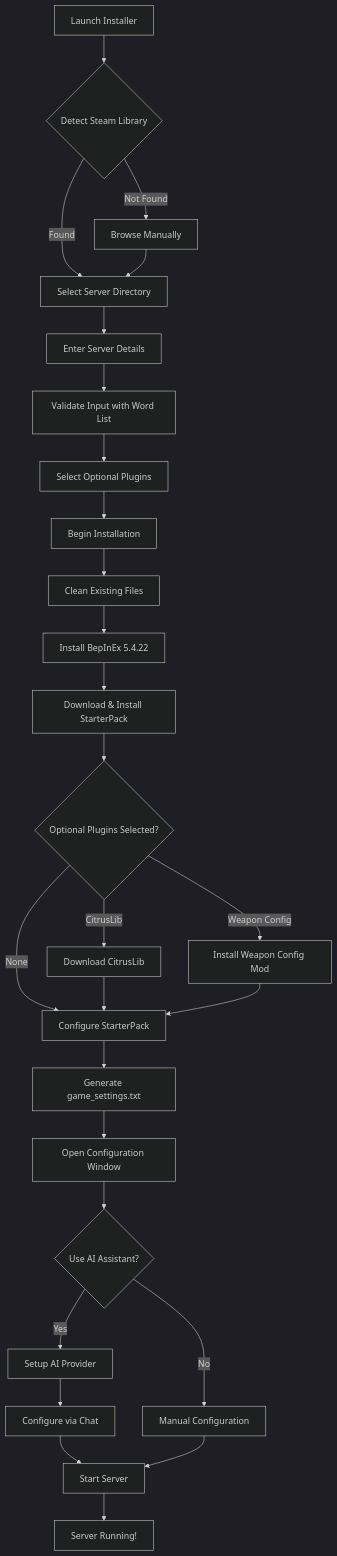
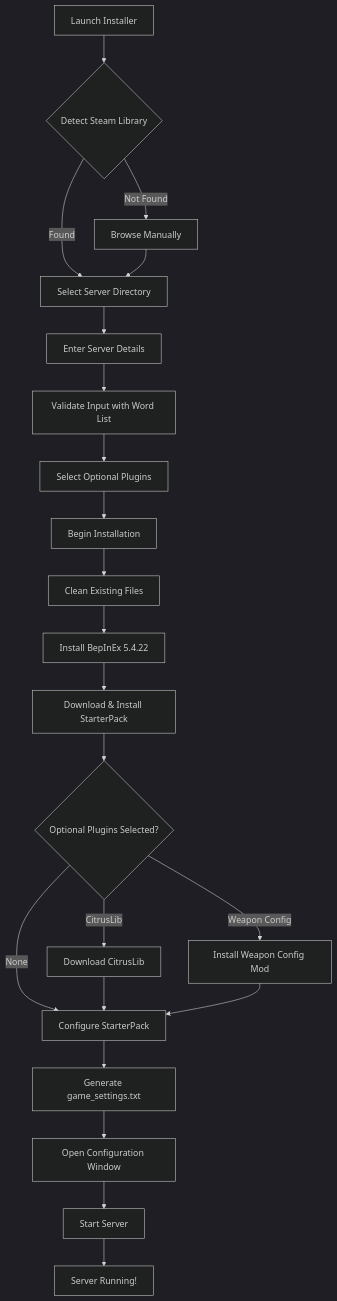
The diagram in README.md (user1342554/TABG-Server-Installer), drawn with Mermaid (dark theme) before and after one commit. The commit also changed other lines of this file and 39 other files, not shown here.

````diff
--- a/README.md
+++ b/README.md
@@ -45,36 +31,29 @@
 ```mermaid
 flowchart TD
     A[Launch Installer] --> B{Detect Steam Library}
     B -->|Found| C[Select Server Directory]
     B -->|Not Found| D[Browse Manually]
     D --> C
     C --> E[Enter Server Details]
     E --> F[Validate Input with Word List]
     F --> G[Select Optional Plugins]
     G --> H[Begin Installation]
     
     H --> I[Clean Existing Files]
     I --> J[Install BepInEx 5.4.22]
     J --> K[Download & Install StarterPack]
     K --> L{Optional Plugins Selected?}
     
     L -->|CitrusLib| M1[Download CitrusLib]
     L -->|Weapon Config| M2[Install Weapon Config Mod]
     L -->|None| N
     
     M1 --> N
     M2 --> N
     N[Configure StarterPack]
     
     N --> O[Generate game_settings.txt]
     O --> P[Open Configuration Window]
-    P --> Q{Use AI Assistant?}
-    
-    Q -->|Yes| R[Setup AI Provider]
-    R --> S[Configure via Chat]
-    Q -->|No| T[Manual Configuration]
-    
-    S --> U[Start Server]
-    T --> U
+    P --> U[Start Server]
     U --> V[Server Running!]
 ```
````
